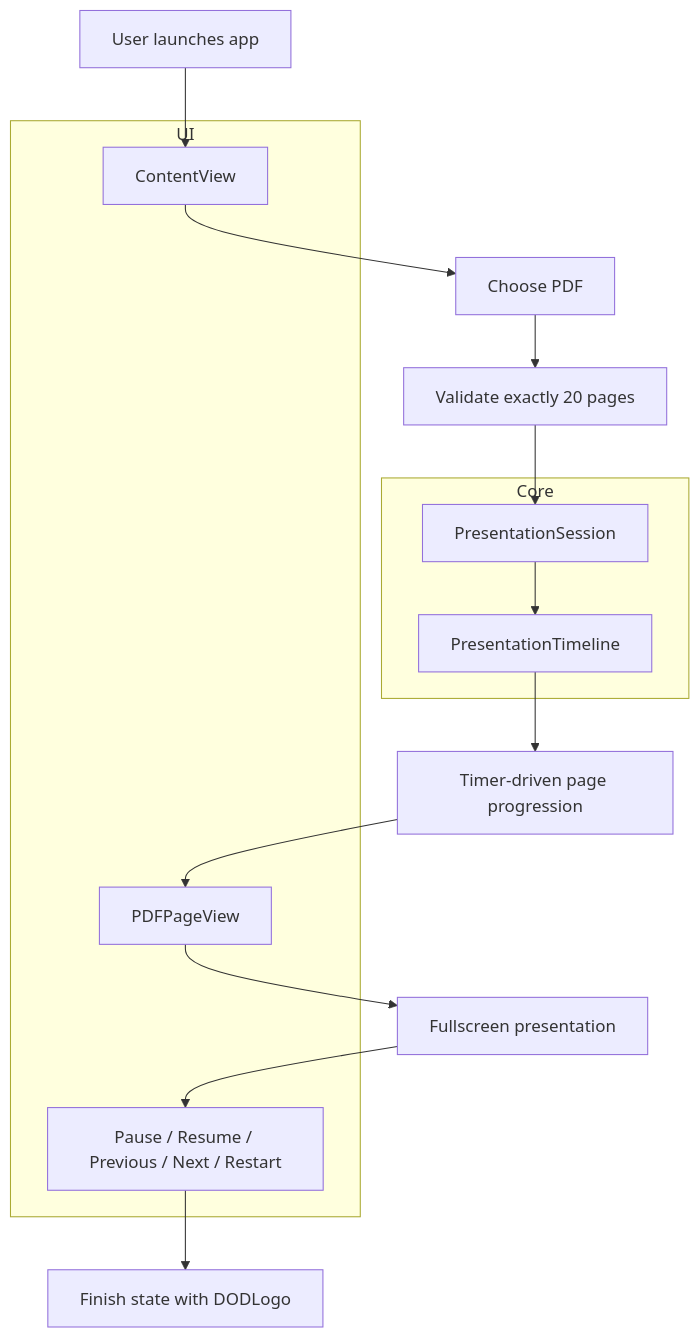
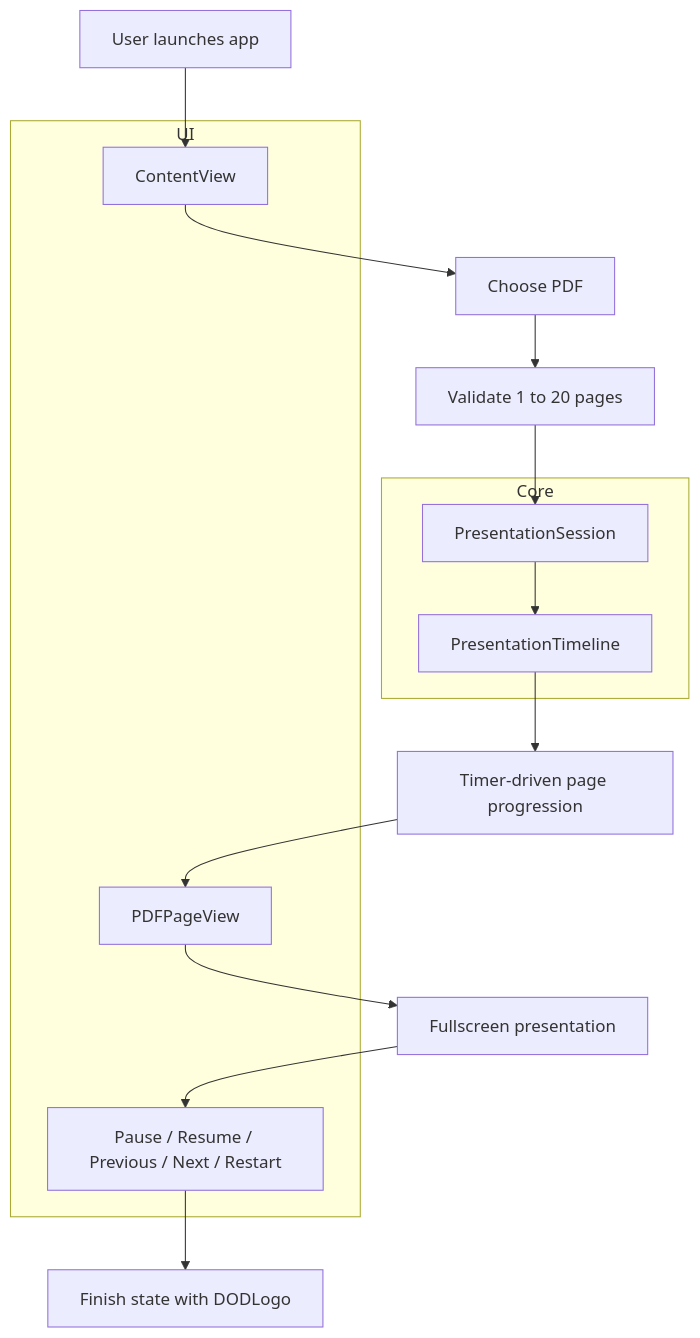
Before and after one commit to AeonScry/IgniteTalkPDF: the diagram in README.md, drawn with Mermaid. The commit also changed other lines of this file and 4 other files, not shown here.

````diff
--- a/README.md
+++ b/README.md
@@ -16,24 +16,24 @@
 ```mermaid
 flowchart TD
     A[User launches app] --> B[ContentView]
     B --> C[Choose PDF]
-    C --> D[Validate exactly 20 pages]
+    C --> D[Validate 1 to 20 pages]
     D --> E[PresentationSession]
     E --> F[PresentationTimeline]
     F --> G[Timer-driven page progression]
     G --> H[PDFPageView]
     H --> I[Fullscreen presentation]
     I --> J[Pause / Resume / Previous / Next / Restart]
     J --> K[Finish state with DODLogo]
 
     subgraph Core
         E
         F
     end
 
     subgraph UI
         B
         H
         J
     end
 ```
````
